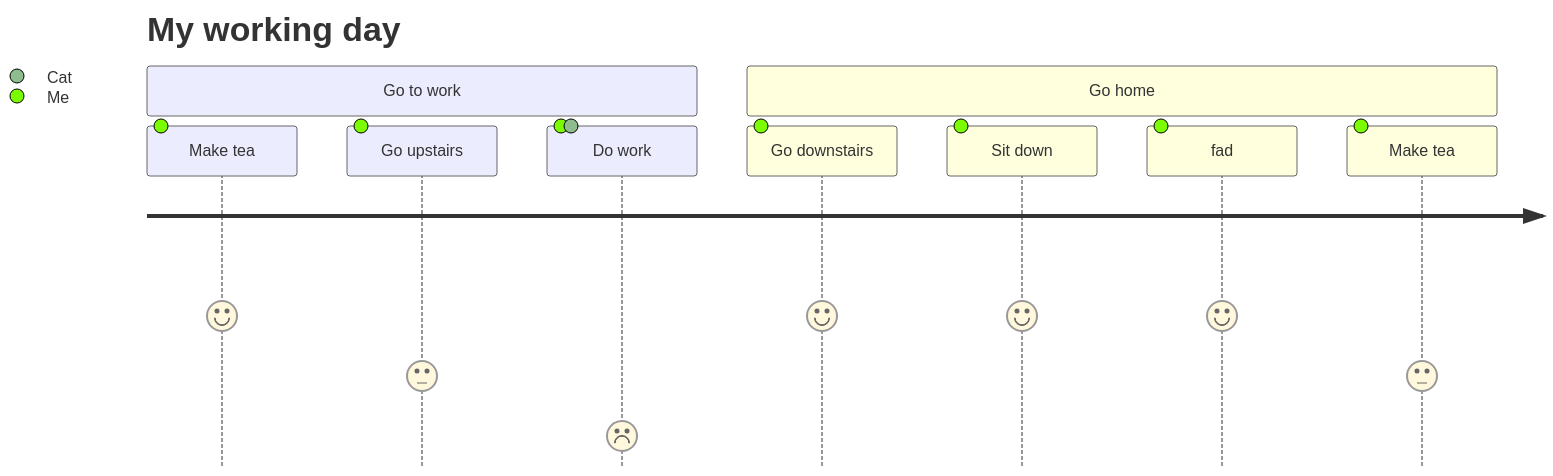
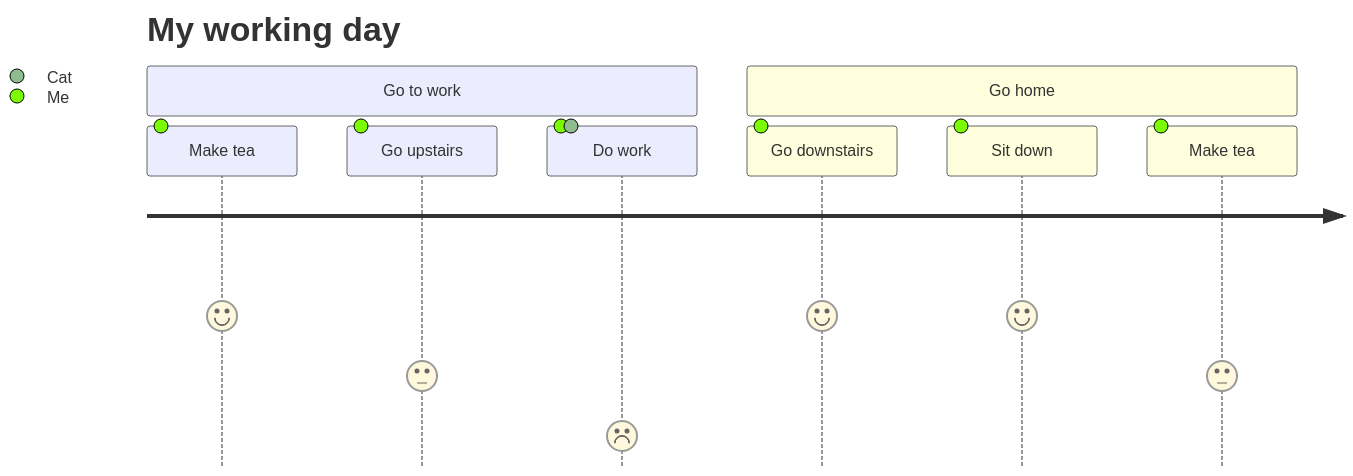
One commit to minahasilo/md2visio changed the diagram in md2visio/test/journey.md. Above: the diagram before and after it, drawn with Mermaid. The commit also changed 1 other file, not shown here.

Commit message:
upload example image

``````diff
--- a/md2visio/test/journey.md
+++ b/md2visio/test/journey.md
@@ -3,15 +3,14 @@
 `````mermaid
 journey
     %% journey test
     title My working day
     section Go to work
       Make tea: 5: Me
       Go upstairs: 3: Me
       Do work: 1: Me, Cat
     section Go home
       Go downstairs: 5: Me
       Sit down: 5: Me
     section Go home
-    	fad: 5: Me
     	Make tea: 3: Me
 `````
``````
